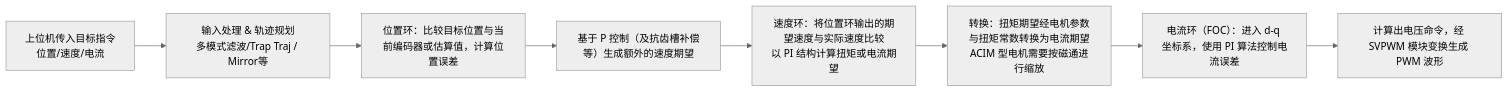
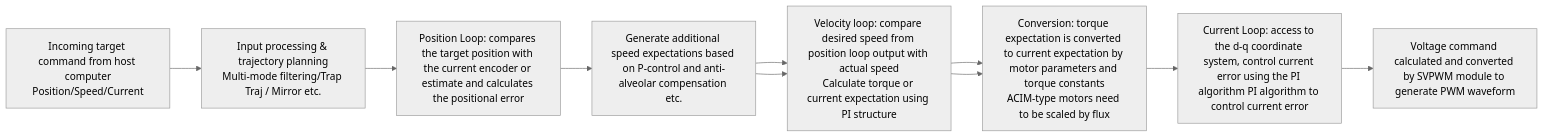
One commit to MoonGrt/Wheel_Robot changed the second of 4 diagrams in README.md. Above: the diagram before and after it, drawn with Mermaid (neutral theme). The commit also changed other lines of this file and 1 other file, not shown here.

````diff
--- a/README.md
+++ b/README.md
@@ -617,10 +624,12 @@
   ```mermaid
   graph LR
-      A[上位机传入目标指令<br>位置/速度/电流] --> B[输入处理 & 轨迹规划<br>多模式滤波/Trap Traj / Mirror等]
-      B --> C[位置环：比较目标位置与当前编码器或估算值，计算位置误差]
-      C --> D[基于 P 控制（及抗齿槽补偿等）生成额外的速度期望]
-      D --> E[速度环：将位置环输出的期望速度与实际速度比较<br>以 PI 结构计算扭矩或电流期望]
-      E --> F[转换：扭矩期望经电机参数与扭矩常数转换为电流期望<br>ACIM 型电机需要按磁通进行缩放]
-      F --> G[电流环（FOC）：进入 d-q 坐标系，使用 PI 算法控制电流误差]
-      G --> H[计算出电压命令，经 SVPWM 模块变换生成 PWM 波形]
+    A[Incoming target command from host computer<br>Position/Speed/Current] --> B[Input processing & trajectory planning<br>Multi-mode filtering/Trap Traj / Mirror etc.]
+    B --> C[Position Loop: compares the target position with the current encoder or estimate and calculates the positional error]
+    C --> D[Generate additional speed expectations based on P-control and anti-alveolar compensation etc.]
+    D --> E[Speed loop: compare desired speed from position loop with actual speed to calculate torque or current expectations using PI structure]
+    E --> F[Conversion: torque expectation is calculated from motor output via PI structure speed expectation]
+    D --> E[Velocity loop: compare desired speed from position loop output with actual speed<br>Calculate torque or current expectation using PI structure]
+    E --> F[Conversion: torque expectation is converted to current expectation by motor parameters and torque constants<br>ACIM-type motors need to be scaled by flux]
+    F --> G[Current Loop: access to the d-q coordinate system, control current error using the PI algorithm PI algorithm to control current error]
+    G --> H[Voltage command calculated and converted by SVPWM module to generate PWM waveform]
   ```
````
